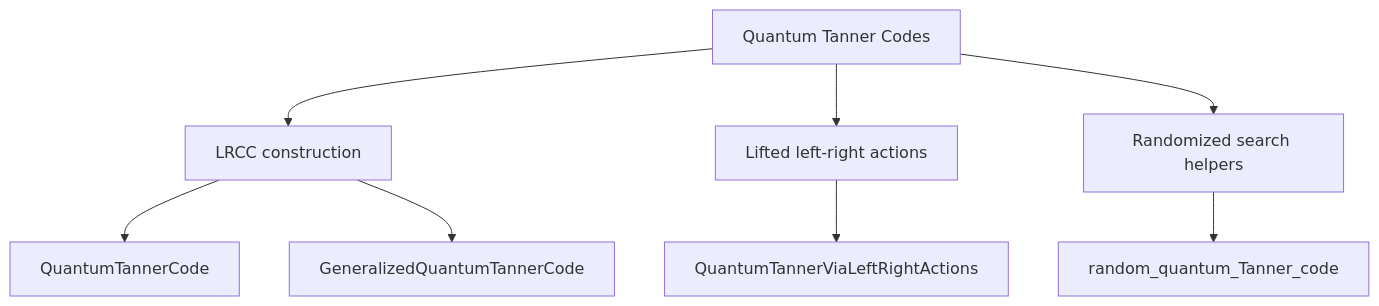
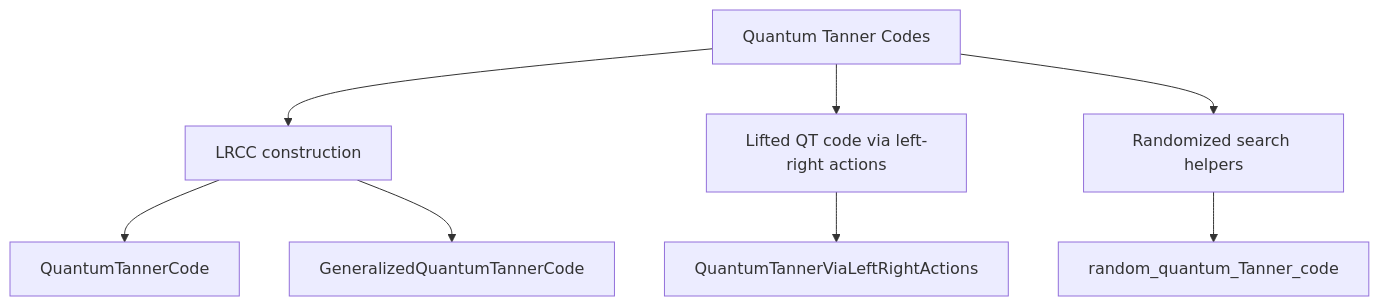
The diagram in README.md (QuantumSavory/QuantumExpanders.jl), drawn with Mermaid before and after one commit. The commit also changed other lines of this file and 7 other files, not shown here.

````diff
--- a/README.md
+++ b/README.md
@@ -61,15 +111,15 @@
 ```mermaid
 flowchart TD
     QT["Quantum Tanner Codes"]
 
     QT --> LRCC["LRCC construction"]
-    QT --> Lifted["Lifted left-right actions"]
+    QT --> Lifted["Lifted QT code via left-right actions"]
     QT --> Search["Randomized search helpers"]
 
     LRCC --> QTC["QuantumTannerCode"]
     LRCC --> GQTC["GeneralizedQuantumTannerCode"]
 
     Lifted --> LRA["QuantumTannerViaLeftRightActions"]
 
     Search --> RQTC["random_quantum_Tanner_code"]
 ```
````
